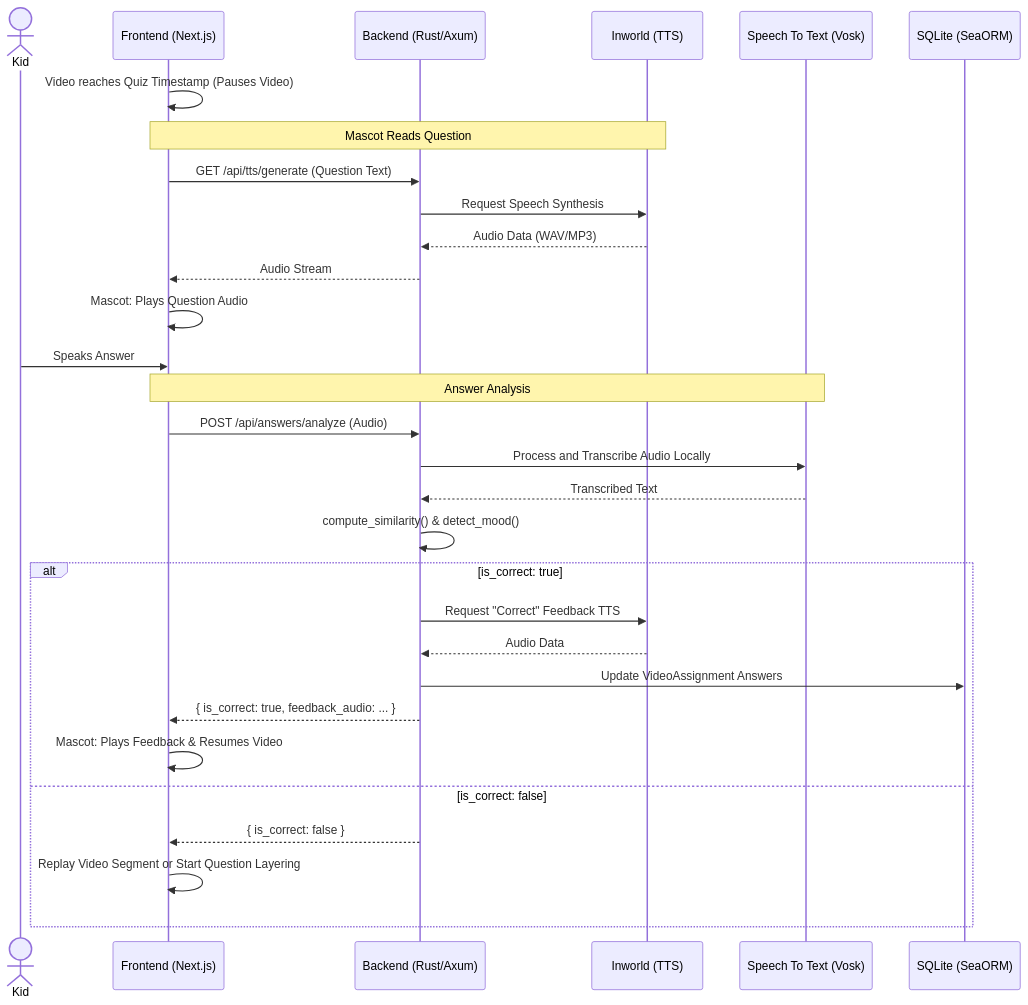
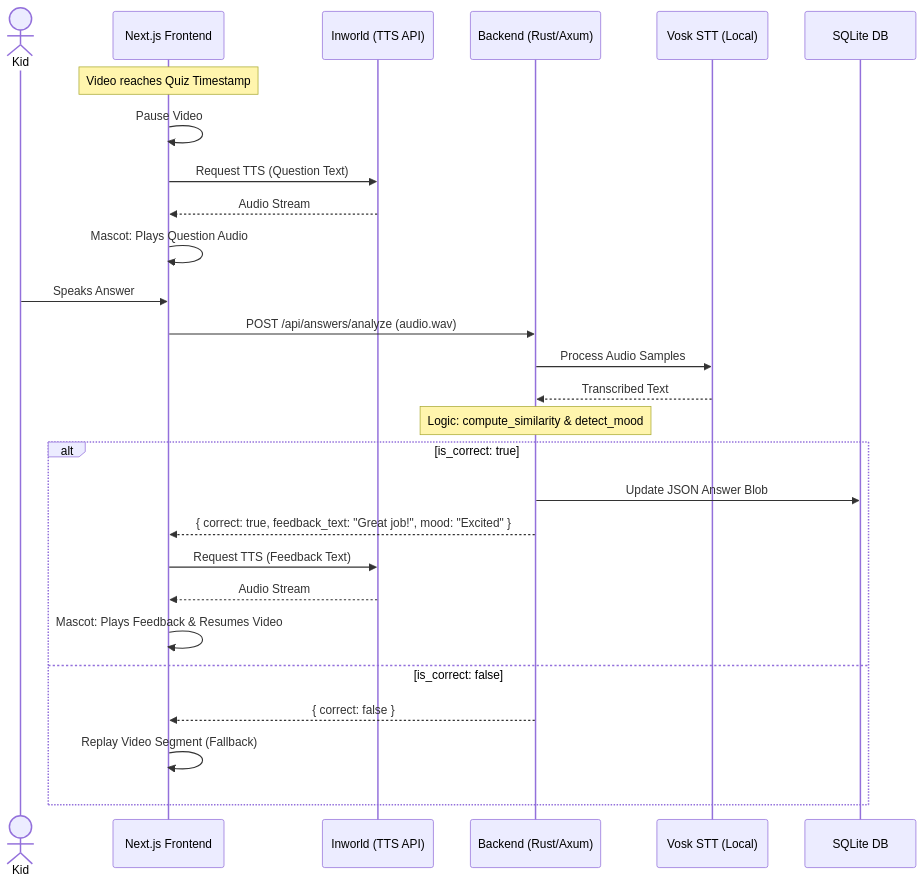
One commit to Capstone-Projects-2026-spring/piggyback-learning-2 changed the third of 5 diagrams in documentation/docs/system-architecture/sequence-diagrams.md. Above: the diagram before and after it, drawn with Mermaid.

Commit message:
Refactor sequence diagram for quiz question answering

````diff
--- a/documentation/docs/system-architecture/sequence-diagrams.md
+++ b/documentation/docs/system-architecture/sequence-diagrams.md
@@ -70,37 +70,35 @@
 ```mermaid
 sequenceDiagram
     actor Kid
-    participant WebApp as Frontend (Next.js) 
+    participant WebApp as Next.js Frontend
+    participant Inworld as Inworld (TTS API)
     participant API as Backend (Rust/Axum)
-    participant Inworld as Inworld (TTS)
-    participant Vosk as Speech To Text (Vosk)
-    participant DB as SQLite (SeaORM)
+    participant Vosk as Vosk STT (Local)
+    participant DB as SQLite DB
 
-    WebApp->>WebApp: Video reaches Quiz Timestamp (Pauses Video)
+    Note over WebApp: Video reaches Quiz Timestamp
+    WebApp->>WebApp: Pause Video
     
-    Note over WebApp, Inworld: Mascot Reads Question
-    WebApp->>API: GET /api/tts/generate (Question Text)
-    API->>Inworld: Request Speech Synthesis
-    Inworld-->>API: Audio Data (WAV/MP3)
-    API-->>WebApp: Audio Stream
+    WebApp->>Inworld: Request TTS (Question Text)
+    Inworld-->>WebApp: Audio Stream
     WebApp->>WebApp: Mascot: Plays Question Audio
     
     Kid->>WebApp: Speaks Answer
+    WebApp->>API: POST /api/answers/analyze (audio.wav)
     
-    Note over WebApp, Vosk: Answer Analysis
-    WebApp->>API: POST /api/answers/analyze (Audio)
-    API->>Vosk: Process and Transcribe Audio Locally
+    API->>Vosk: Process Audio Samples
     Vosk-->>API: Transcribed Text
-    API->>API: compute_similarity() & detect_mood()
+    
+    Note over API: Logic: compute_similarity & detect_mood
     
     alt is_correct: true
-        API->>Inworld: Request "Correct" Feedback TTS
-        Inworld-->>API: Audio Data
-        API->>DB: Update VideoAssignment Answers
-        API-->>WebApp: { is_correct: true, feedback_audio: ... }
+        API->>DB: Update JSON Answer Blob
+        API-->>WebApp: { correct: true, feedback_text: "Great job!", mood: "Excited" }
+        WebApp->>Inworld: Request TTS (Feedback Text)
+        Inworld-->>WebApp: Audio Stream
         WebApp->>WebApp: Mascot: Plays Feedback & Resumes Video
     else is_correct: false
-        API-->>WebApp: { is_correct: false }
-        WebApp->>WebApp: Replay Video Segment or Start Question Layering
+        API-->>WebApp: { correct: false }
+        WebApp->>WebApp: Replay Video Segment (Fallback)
     end
 ```
````
